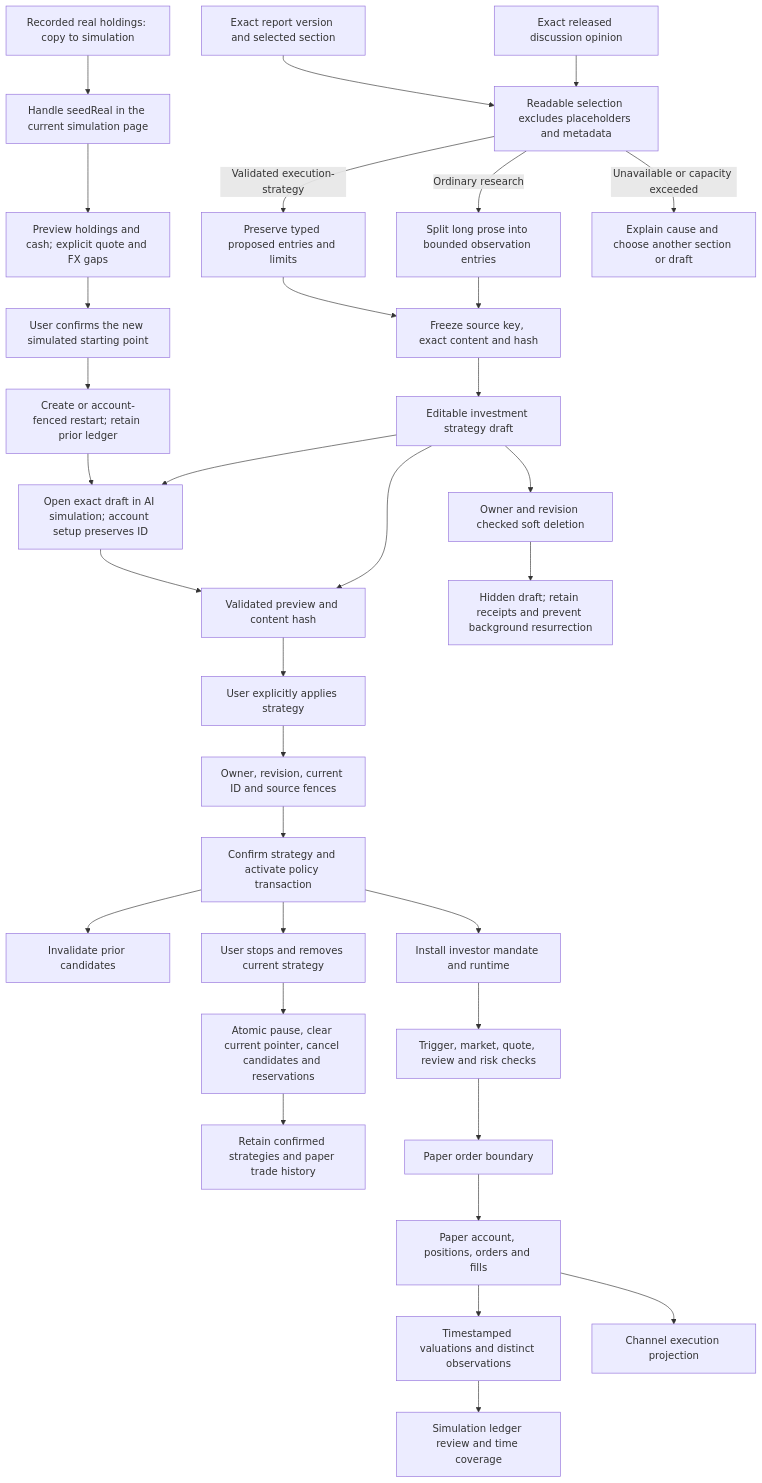
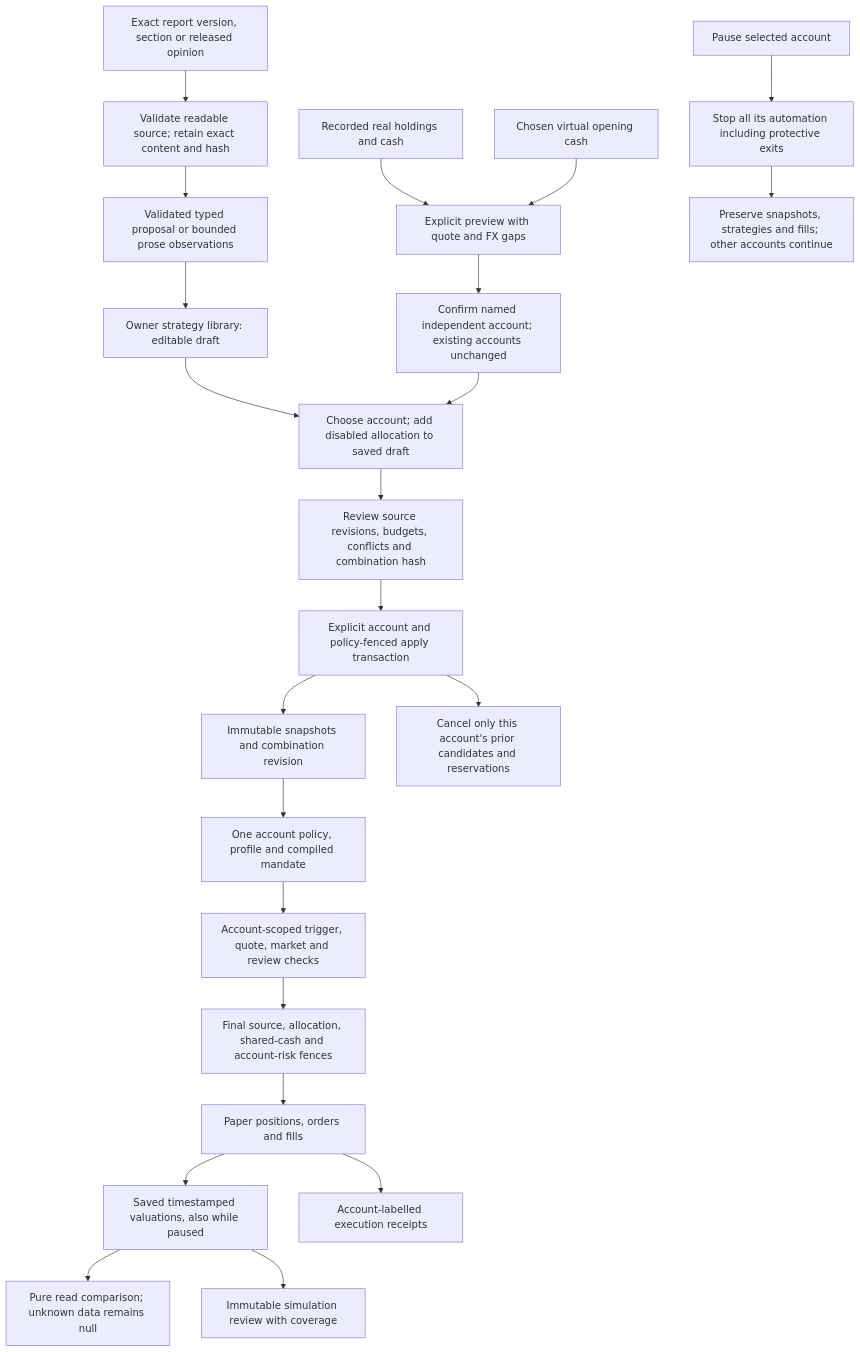
Before and after one commit to Lueyu/squabble: the third of 5 diagrams in docs/architecture.md, drawn with Mermaid. The commit also changed other lines of this file and 17 other files, not shown here.

````diff
--- a/docs/architecture.md
+++ b/docs/architecture.md
@@ -127,35 +129,25 @@
 ```mermaid
 flowchart TD
-    realHoldings["Recorded real holdings: copy to simulation"] --> seedRoute["Handle seedReal in the current simulation page"]
-    seedRoute --> seedPreview["Preview holdings and cash; explicit quote and FX gaps"]
-    seedPreview --> seedConfirm["User confirms the new simulated starting point"]
-    seedConfirm --> accountSetup["Create or account-fenced restart; retain prior ledger"]
-    accountSetup --> destination
-    source["Exact report version and selected section"] --> readable["Readable selection excludes placeholders and metadata"]
-    opinion["Exact released discussion opinion"] --> readable
-    readable -->|"Validated execution-strategy"| typed["Preserve typed proposed entries and limits"]
-    readable -->|"Ordinary research"| observation["Split long prose into bounded observation entries"]
-    typed --> import["Freeze source key, exact content and hash"]
-    observation --> import
-    readable -->|"Unavailable or capacity exceeded"| reselect["Explain cause and choose another section or draft"]
-    import --> draft["Editable investment strategy draft"]
-    draft --> destination["Open exact draft in AI simulation; account setup preserves ID"]
-    destination --> preview
-    draft --> removeDraft["Owner and revision checked soft deletion"]
-    removeDraft --> tombstone["Hidden draft; retain receipts and prevent background resurrection"]
-    draft --> preview["Validated preview and content hash"]
-    preview --> userApply["User explicitly applies strategy"]
-    userApply --> fence["Owner, revision, current ID and source fences"]
-    fence --> atomic["Confirm strategy and activate policy transaction"]
-    atomic --> cancel["Invalidate prior candidates"]
-    atomic --> runtime["Install investor mandate and runtime"]
-    atomic --> removeCurrent["User stops and removes current strategy"]
-    removeCurrent --> stopped["Atomic pause, clear current pointer, cancel candidates and reservations"]
-    stopped --> history["Retain confirmed strategies and paper trade history"]
-    runtime --> evaluate["Trigger, market, quote, review and risk checks"]
-    evaluate --> order["Paper order boundary"]
-    order --> paper["Paper account, positions, orders and fills"]
-    paper --> observations["Timestamped valuations and distinct observations"]
-    observations --> review["Simulation ledger review and time coverage"]
-    paper --> projection["Channel execution projection"]
+    real["Recorded real holdings and cash"] --> seed["Explicit preview with quote and FX gaps"]
+    virtual["Chosen virtual opening cash"] --> seed
+    seed --> create["Confirm named independent account; existing accounts unchanged"]
+    source["Exact report version, section or released opinion"] --> readable["Validate readable source; retain exact content and hash"]
+    readable --> typed["Validated typed proposal or bounded prose observations"]
+    typed --> draft["Owner strategy library: editable draft"]
+    draft --> target["Choose account; add disabled allocation to saved draft"]
+    create --> target
+    target --> preview["Review source revisions, budgets, conflicts and combination hash"]
+    preview --> apply["Explicit account and policy-fenced apply transaction"]
+    apply --> authority["Immutable snapshots and combination revision"]
+    apply --> cancel["Cancel only this account's prior candidates and reservations"]
+    authority --> runtime["One account policy, profile and compiled mandate"]
+    runtime --> schedule["Account-scoped trigger, quote, market and review checks"]
+    schedule --> order["Final source, allocation, shared-cash and account-risk fences"]
+    order --> ledger["Paper positions, orders and fills"]
+    pause["Pause selected account"] --> stop["Stop all its automation including protective exits"]
+    stop --> history["Preserve snapshots, strategies and fills; other accounts continue"]
+    ledger --> valuation["Saved timestamped valuations, also while paused"]
+    valuation --> comparison["Pure read comparison; unknown data remains null"]
+    valuation --> review["Immutable simulation review with coverage"]
+    ledger --> channel["Account-labelled execution receipts"]
 ```
````
